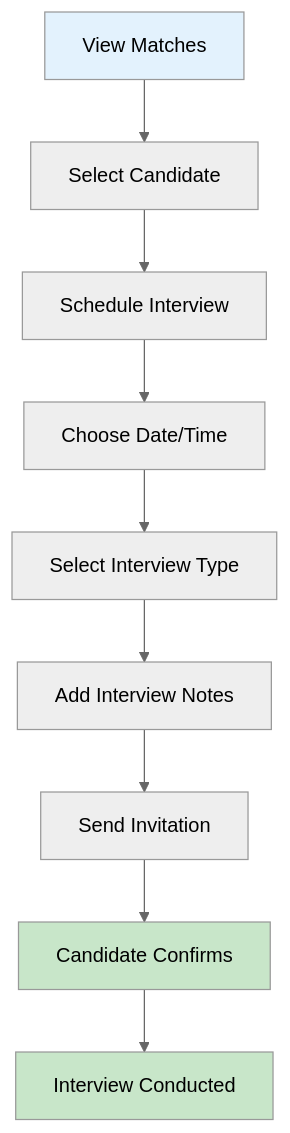
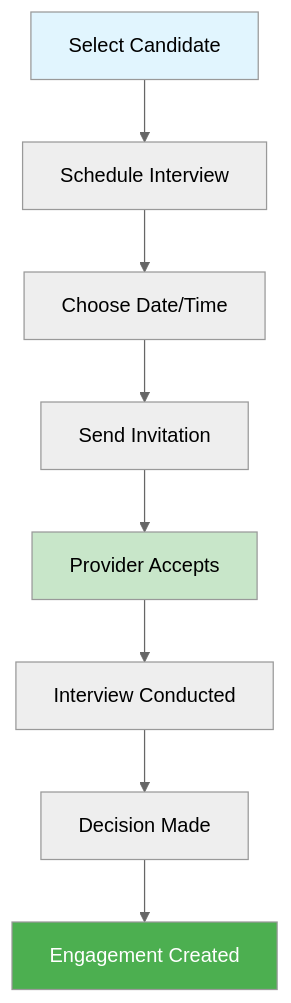
Before and after one commit to counttalita/benchwarmers: the sixth of 8 diagrams in docs/user-experience-guide.md, drawn with Mermaid (neutral theme). The commit also changed other lines of this file and 8 other files, not shown here.

First line of the commit message:
fix: update documentation to reflect correct talent marketplace flow

````diff
--- a/docs/user-experience-guide.md
+++ b/docs/user-experience-guide.md
@@ -228,15 +202,14 @@
 ```mermaid
 graph TD
-    A[View Matches] --> B[Select Candidate]
-    B --> C[Schedule Interview]
-    C --> D[Choose Date/Time]
-    D --> E[Select Interview Type]
-    E --> F[Add Interview Notes]
-    F --> G[Send Invitation]
-    G --> H[Candidate Confirms]
-    H --> I[Interview Conducted]
+    A[Select Candidate] --> B[Schedule Interview]
+    B --> C[Choose Date/Time]
+    C --> D[Send Invitation]
+    D --> E[Provider Accepts]
+    E --> F[Interview Conducted]
+    F --> G[Decision Made]
+    G --> H[Engagement Created]
     
-    style A fill:#e3f2fd
-    style H fill:#c8e6c9
-    style I fill:#c8e6c9
+    style A fill:#e1f5fe
+    style E fill:#c8e6c9
+    style H fill:#4caf50,color:#fff
 ```
````
